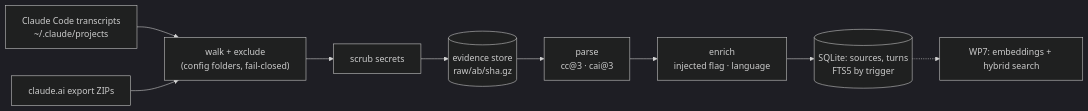
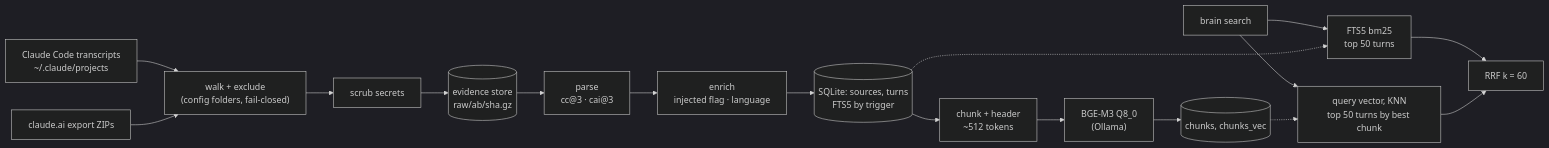
The diagram in docs/algorithm.md (Galaxymak1/glia), drawn with Mermaid (dark theme) before and after one commit. The commit also changed other lines of this file and 12 other files, not shown here.

First line of the commit message:
WP7: hybrid index, BGE-M3 chunk vectors and RRF search

````diff
--- a/docs/algorithm.md
+++ b/docs/algorithm.md
@@ -7,11 +7,19 @@
 ```mermaid
 flowchart LR
   A["Claude Code transcripts<br/>~/.claude/projects"] --> W["walk + exclude<br/>(config folders, fail-closed)"]
   B["claude.ai export ZIPs"] --> W
   W --> S["scrub secrets"]
   S --> E[("evidence store<br/>raw/ab/sha.gz")]
   E --> P["parse<br/>cc@3 · cai@3"]
   P --> N["enrich<br/>injected flag · language"]
   N --> T[("SQLite: sources, turns<br/>FTS5 by trigger")]
-  T -.-> V["WP7: embeddings + hybrid search"]
+  T --> C["chunk + header<br/>~512 tokens"]
+  C --> O["BGE-M3 Q8_0<br/>(Ollama)"]
+  O --> V[("chunks, chunks_vec")]
+  Q["brain search"] --> F["FTS5 bm25<br/>top 50 turns"]
+  Q --> K["query vector, KNN<br/>top 50 turns by best chunk"]
+  T -.-> F
+  V -.-> K
+  F --> R["RRF k = 60"]
+  K --> R
 ```
````
